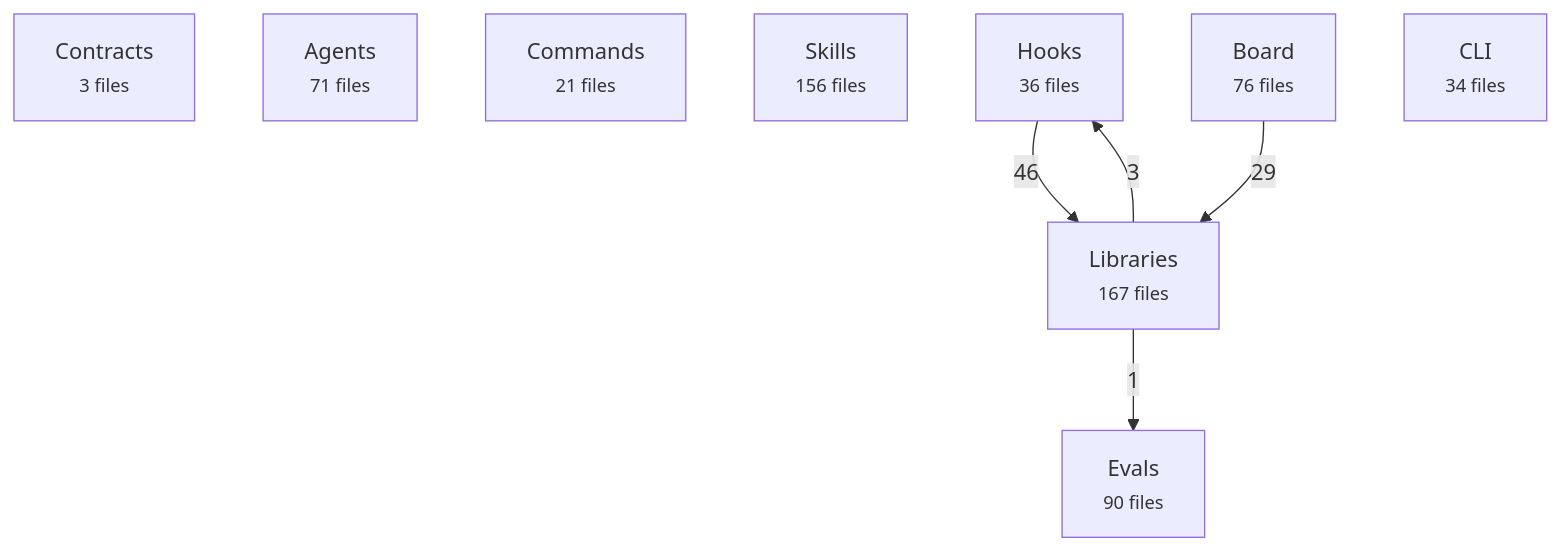
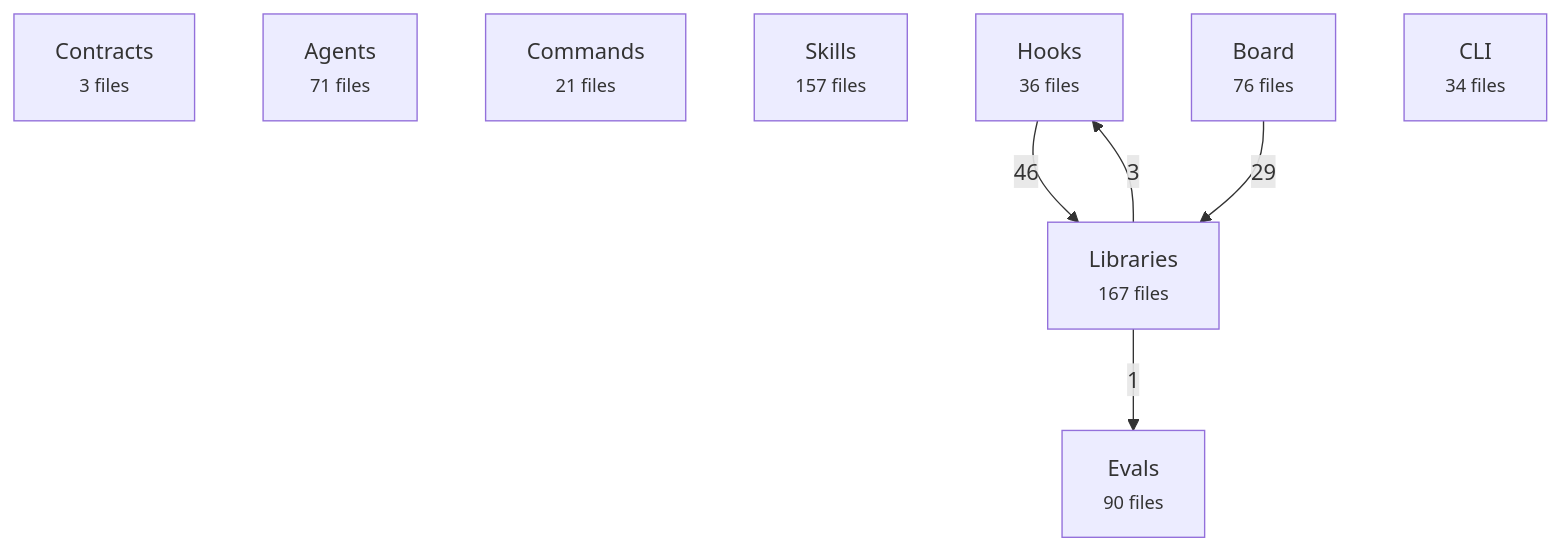
Before and after one commit to avelikiy/great_cto: the first of 2 diagrams in docs/reference/architecture-map.md, drawn with Mermaid. The commit also changed other lines of this file and 27 other files, not shown here.

````diff
--- a/docs/reference/architecture-map.md
+++ b/docs/reference/architecture-map.md
@@ -20,16 +20,16 @@
 ```mermaid
 flowchart TD
   contracts["Contracts<br/><small>3 files</small>"]
   agents["Agents<br/><small>71 files</small>"]
   commands["Commands<br/><small>21 files</small>"]
-  skills["Skills<br/><small>156 files</small>"]
+  skills["Skills<br/><small>157 files</small>"]
   hooks["Hooks<br/><small>36 files</small>"]
   libs["Libraries<br/><small>167 files</small>"]
   board["Board<br/><small>76 files</small>"]
   cli["CLI<br/><small>34 files</small>"]
   evals["Evals<br/><small>90 files</small>"]
   hooks -->|46| libs
   board -->|29| libs
   libs -->|3| hooks
   libs -->|1| evals
 ```
````
